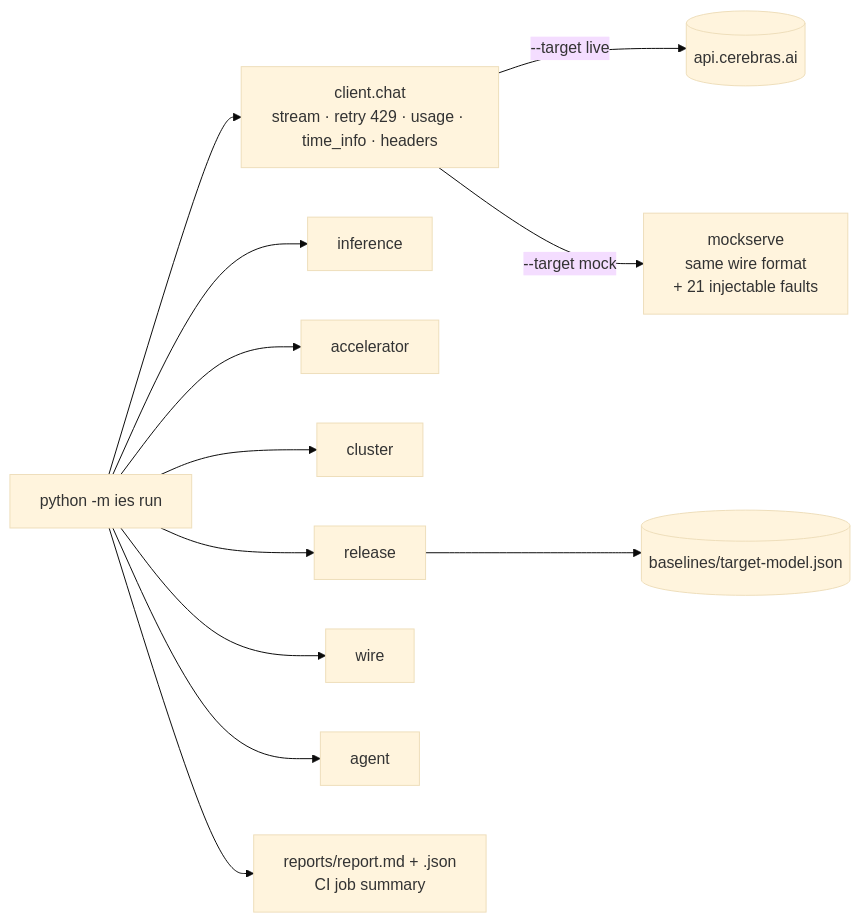
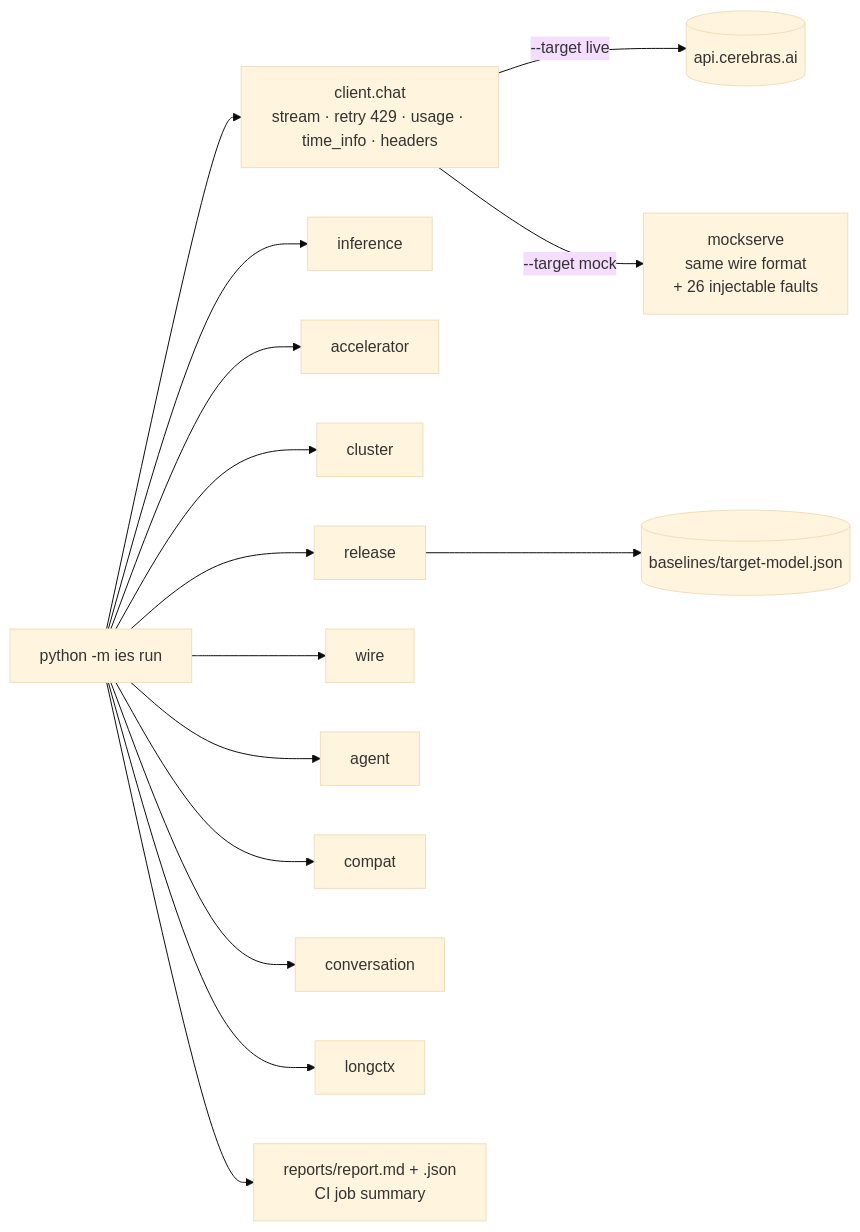
One commit to su0xpj-bastion/inference-endpoint-scenarios changed the diagram in README.md. Above: the diagram before and after it, drawn with Mermaid (base theme). The commit also changed other lines of this file and 10 other files, not shown here.

First line of the commit message:
Add Compat (OpenAI SDK), Conversation (memory + cache), Long context (needle + gist chain)

````diff
--- a/README.md
+++ b/README.md
@@ -16,9 +19,9 @@
 ```mermaid
 flowchart LR
     CLI[python -m ies run] --> C[client.chat<br/>stream · retry 429 · usage · time_info · headers]
     C -->|--target live| API[(api.cerebras.ai)]
-    C -->|--target mock| M[mockserve<br/>same wire format<br/>+ 21 injectable faults]
-    CLI --> W1[inference] & W2[accelerator] & W3[cluster] & W4[release] & W5[wire] & W6[agent]
+    C -->|--target mock| M[mockserve<br/>same wire format<br/>+ 26 injectable faults]
+    CLI --> W1[inference] & W2[accelerator] & W3[cluster] & W4[release] & W5[wire] & W6[agent] & W7[compat] & W8[conversation] & W9[longctx]
     W4 --> B[(baselines/target-model.json)]
     CLI --> R[reports/report.md + .json<br/>CI job summary]
 ```
````
